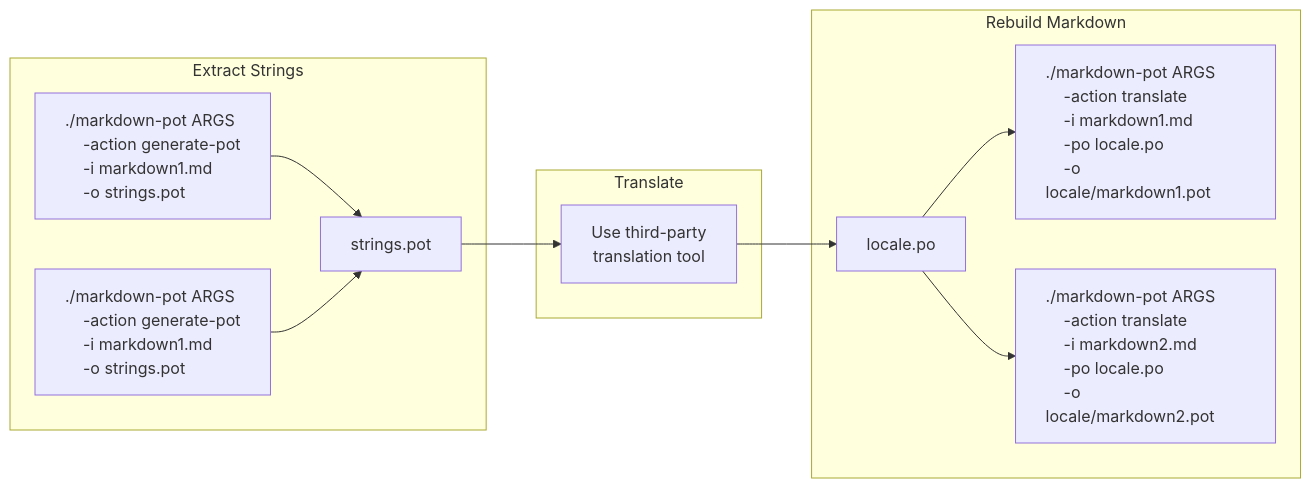
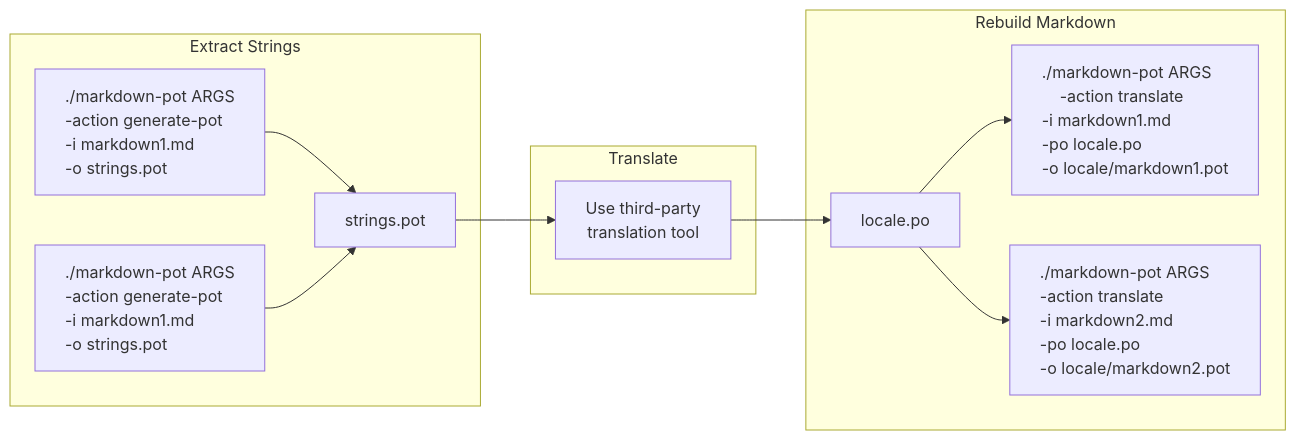
Before and after one commit to MiguelDomingues/md-localize: the diagram in README.md, drawn with Mermaid.

````diff
--- a/README.md
+++ b/README.md
@@ -12,20 +12,20 @@
 ```mermaid
 flowchart LR
    
     subgraph Rebuild Markdown
-    locale.po-->lmd1[./markdown-pot ARGS<br />&nbsp;&nbsp;&nbsp;&nbsp;-action translate<br />&nbsp;&nbsp;&nbsp;&nbsp;-i markdown1.md<br />&nbsp;&nbsp;&nbsp;&nbsp;-po locale.po<br />&nbsp;&nbsp;&nbsp;&nbsp;-o locale/markdown1.pot]
-    locale.po-->lmd2[./markdown-pot ARGS<br />&nbsp;&nbsp;&nbsp;&nbsp;-action translate<br />&nbsp;&nbsp;&nbsp;&nbsp;-i markdown2.md<br />&nbsp;&nbsp;&nbsp;&nbsp;-po locale.po<br />&nbsp;&nbsp;&nbsp;&nbsp;-o locale/markdown2.pot]
+    locale.po-->lmd1[./markdown-pot ARGS<br />    -action translate<br />    -i markdown1.md<br />     -po locale.po<br />    -o locale/markdown1.pot]
+    locale.po-->lmd2[./markdown-pot ARGS<br />    -action translate<br />    -i markdown2.md<br />     -po locale.po<br />    -o locale/markdown2.pot]
     style lmd1 text-align:left
     style lmd2 text-align:left
     end
     subgraph Translate
     tr[Use third-party<br />translation tool]-->locale.po
     end
     subgraph Extract Strings
-    md1[./markdown-pot ARGS<br />&nbsp;&nbsp;&nbsp;&nbsp;-action generate-pot<br />&nbsp;&nbsp;&nbsp;&nbsp;-i markdown1.md<br />&nbsp;&nbsp;&nbsp;&nbsp;-o strings.pot]-->strings.pot
-    md2[./markdown-pot ARGS<br />&nbsp;&nbsp;&nbsp;&nbsp;-action generate-pot<br />&nbsp;&nbsp;&nbsp;&nbsp;-i markdown1.md<br />&nbsp;&nbsp;&nbsp;&nbsp;-o strings.pot]-->strings.pot
+    md1[./markdown-pot ARGS<br />    -action generate-pot<br />    -i markdown1.md<br />    -o strings.pot]-->strings.pot
+    md2[./markdown-pot ARGS<br />    -action generate-pot<br />    -i markdown1.md<br />    -o strings.pot]-->strings.pot
     style md1 text-align:left
     style md2 text-align:left
     end
     strings.pot-->tr
 ```
````
